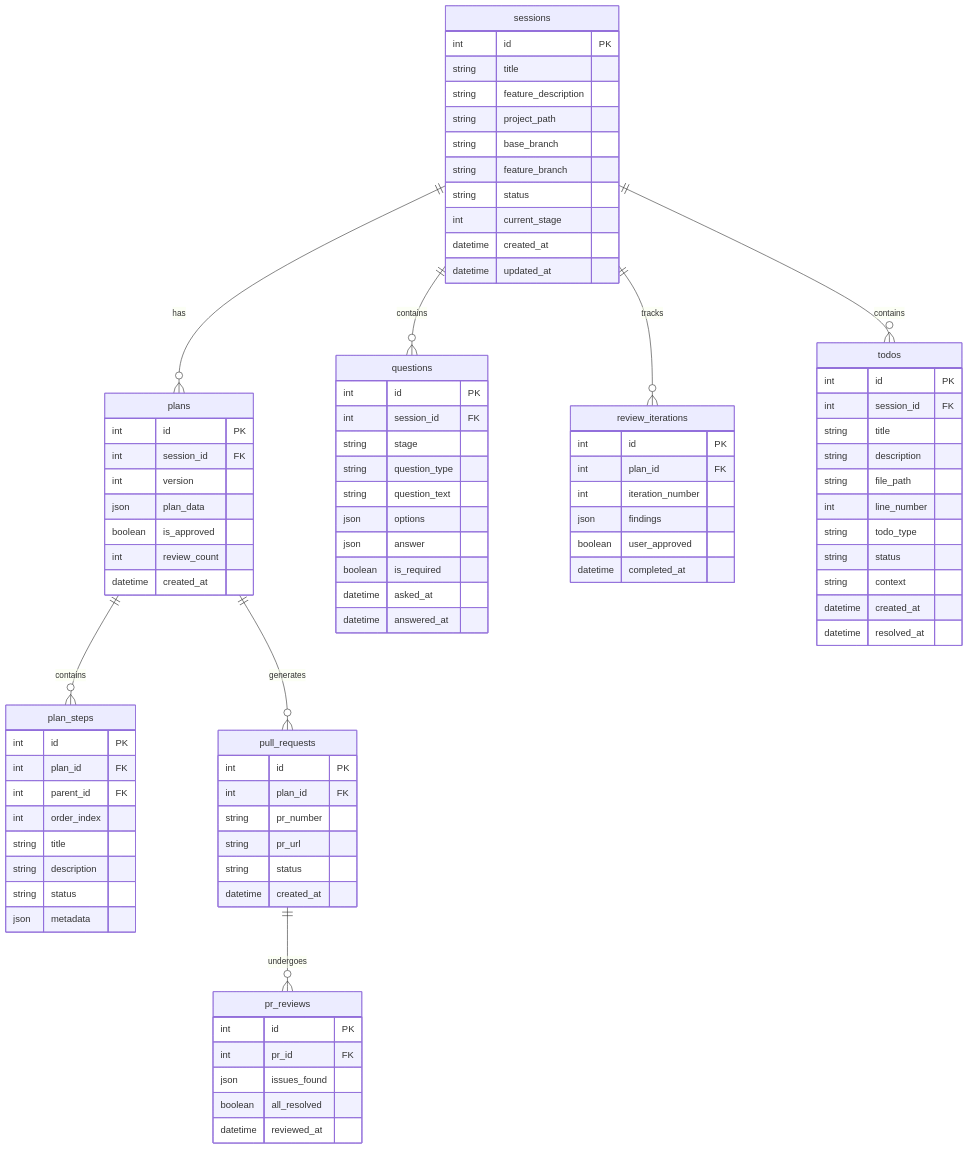
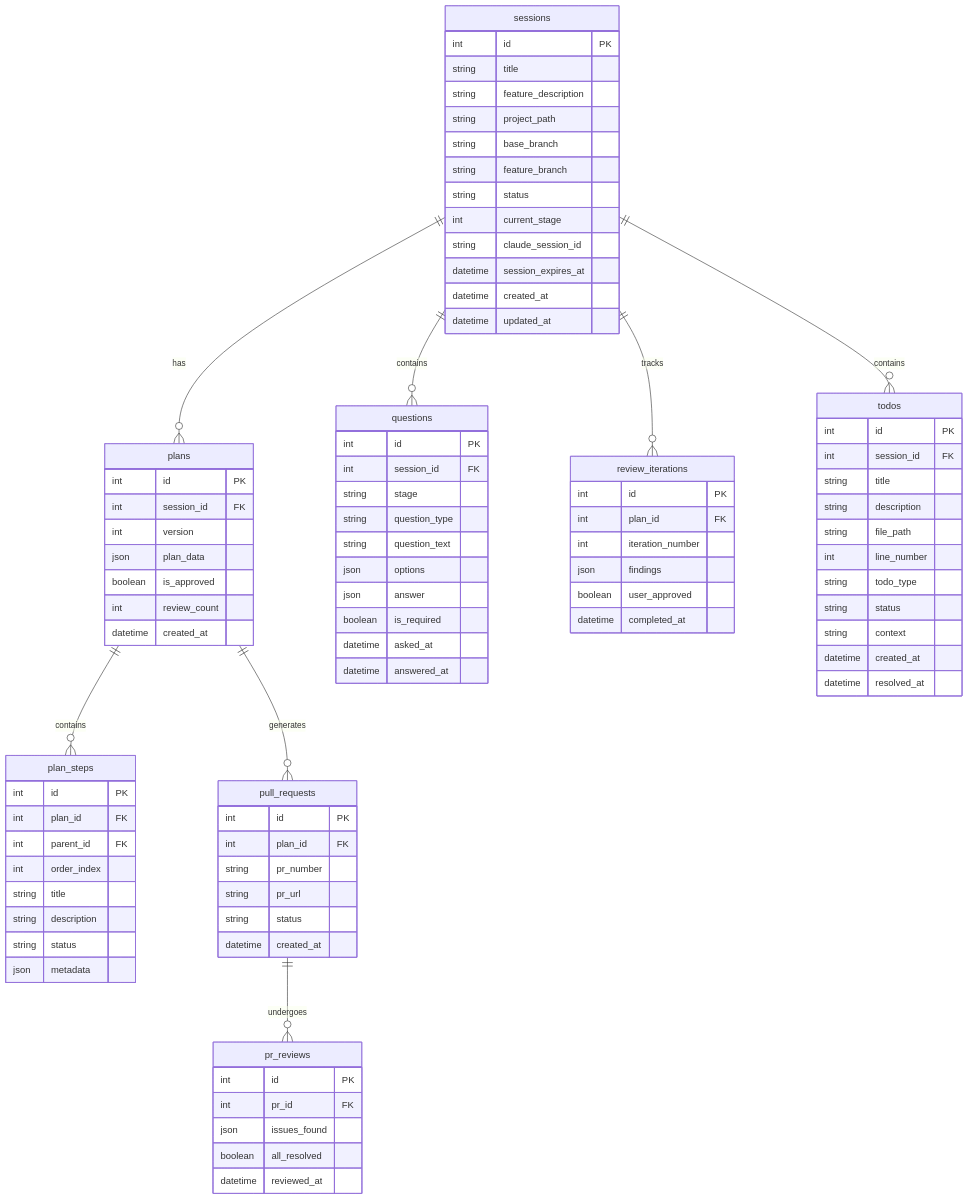
One commit to clrke/claude-web changed the eighth of 14 diagrams in README.md. Above: the diagram before and after it, drawn with Mermaid. The commit also changed other lines of this file, not shown here.

First line of the commit message:
Add comprehensive session and context management

```diff
--- a/README.md
+++ b/README.md
@@ -349,6 +361,8 @@
         string feature_branch
         string status
         int current_stage
+        string claude_session_id
+        datetime session_expires_at
         datetime created_at
         datetime updated_at
     }
```
